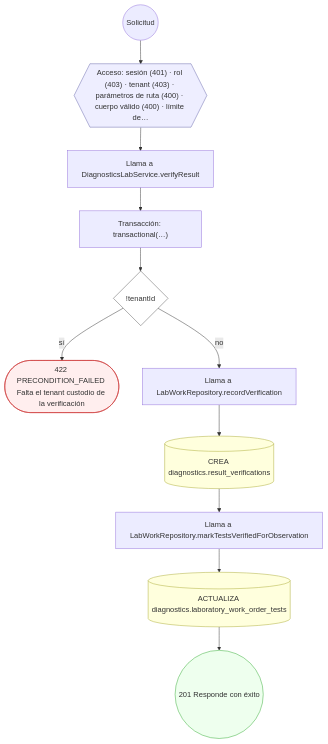
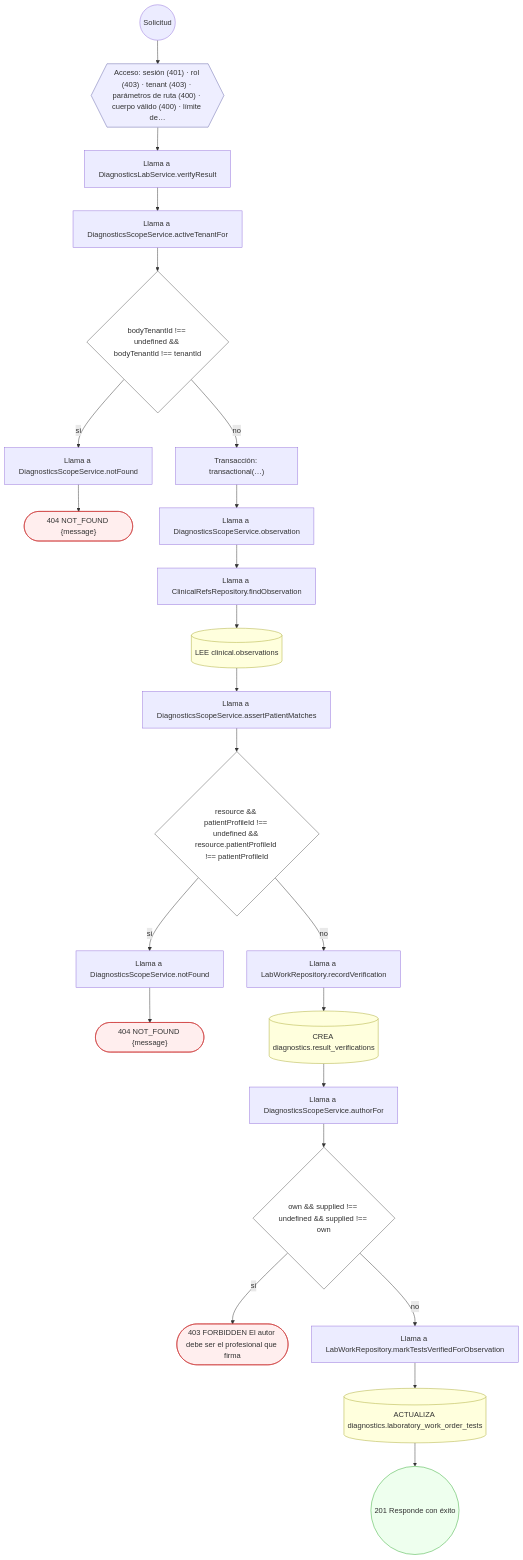
One commit to mdavila-2001/mantra-core-health-api changed diagram 24 of 31 in docs/inventario/flujos/diagnostics.md. Above: the diagram before and after it, drawn with Mermaid. The commit also changed other lines of this file and 438 other files, not shown here.

````diff
--- a/docs/inventario/flujos/diagnostics.md
+++ b/docs/inventario/flujos/diagnostics.md
@@ -1762,30 +2120,54 @@
 ```mermaid
 flowchart TD
   n1(("Solicitud")):::inicio
   n2{{"Acceso: sesión (401) · rol (403) · tenant (403) · parámetros de ruta (400) · cuerpo válido (400) · límite de…"}}:::acceso
   n1 --> n2
   n3["Llama a DiagnosticsLabService.verifyResult"]:::llamada
   n2 --> n3
-  n4["Transacción: transactional(…)"]:::transaccion
+  n4["Llama a DiagnosticsScopeService.activeTenantFor"]:::llamada
   n3 --> n4
-  n5{"!tenantId"}:::decision
+  n5{"bodyTenantId !== undefined && bodyTenantId !== tenantId"}:::decision
   n4 --> n5
-  n6(["422 PRECONDITION_FAILED Falta el tenant custodio de la verificación"]):::error
+  n6["Llama a DiagnosticsScopeService.notFound"]:::llamada
   n5 -->|"sí"| n6
-  n7["Llama a LabWorkRepository.recordVerification"]:::llamada
-  n5 -->|"no"| n7
-  n8[("CREA diagnostics.result_verifications")]:::efecto
-  n7 --> n8
-  n9["Llama a LabWorkRepository.markTestsVerifiedForObservation"]:::llamada
+  n7(["404 NOT_FOUND {message}"]):::error
+  n6 --> n7
+  n8["Transacción: transactional(…)"]:::transaccion
+  n5 -->|"no"| n8
+  n9["Llama a DiagnosticsScopeService.observation"]:::llamada
   n8 --> n9
-  n10[("ACTUALIZA diagnostics.laboratory_work_order_tests")]:::efecto
+  n10["Llama a ClinicalRefsRepository.findObservation"]:::llamada
   n9 --> n10
-  n11(("201 Responde con éxito")):::ok
+  n11[("LEE clinical.observations")]:::efecto
   n10 --> n11
+  n12["Llama a DiagnosticsScopeService.assertPatientMatches"]:::llamada
+  n11 --> n12
+  n13{"resource && patientProfileId !== undefined && resource.patientProfileId !== patientProfileId"}:::decision
+  n12 --> n13
+  n14["Llama a DiagnosticsScopeService.notFound"]:::llamada
+  n13 -->|"sí"| n14
+  n15(["404 NOT_FOUND {message}"]):::error
+  n14 --> n15
+  n16["Llama a LabWorkRepository.recordVerification"]:::llamada
+  n13 -->|"no"| n16
+  n17[("CREA diagnostics.result_verifications")]:::efecto
+  n16 --> n17
+  n18["Llama a DiagnosticsScopeService.authorFor"]:::llamada
+  n17 --> n18
+  n19{"own && supplied !== undefined && supplied !== own"}:::decision
+  n18 --> n19
+  n20(["403 FORBIDDEN El autor debe ser el profesional que firma"]):::error
+  n19 -->|"sí"| n20
+  n21["Llama a LabWorkRepository.markTestsVerifiedForObservation"]:::llamada
+  n19 -->|"no"| n21
+  n22[("ACTUALIZA diagnostics.laboratory_work_order_tests")]:::efecto
+  n21 --> n22
+  n23(("201 Responde con éxito")):::ok
+  n22 --> n23
   classDef acceso fill:#eef,stroke:#66a
   classDef error fill:#fee,stroke:#c33
   classDef ok fill:#efe,stroke:#3a3
   classDef efecto fill:#ffd,stroke:#aa3
   classDef decision fill:#fff,stroke:#555
   classDef corte fill:#eee,stroke:#999,stroke-dasharray: 4
 ```
````
